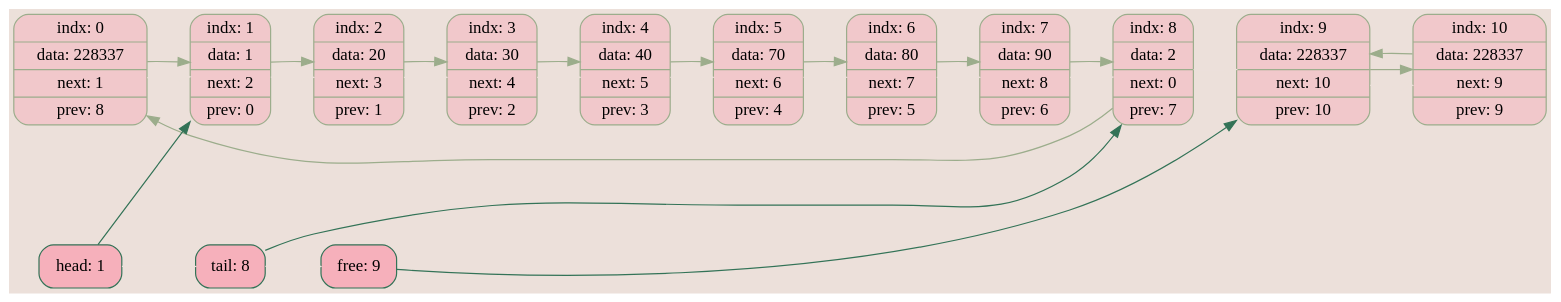
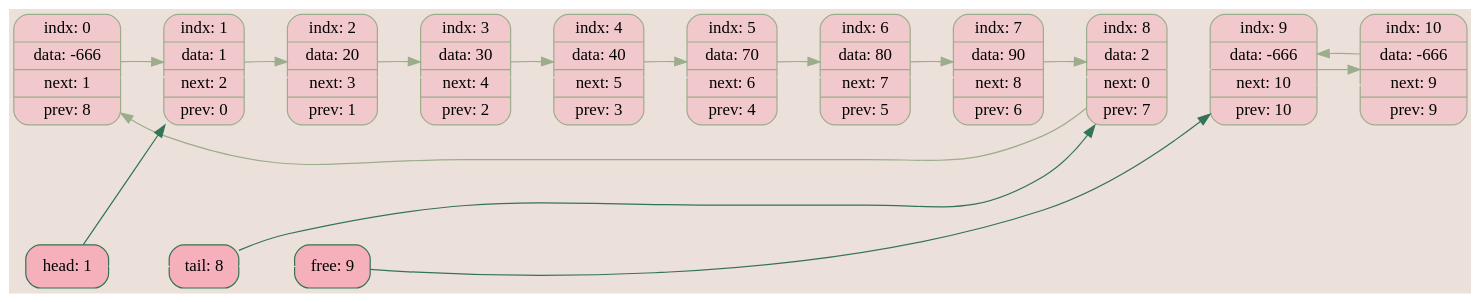
The diagram in debug/list.dot (ksshkh/list), drawn with Graphviz before and after one commit. The commit also changed 4 other files, not shown here.

```diff
--- a/debug/list.dot
+++ b/debug/list.dot
@@ -1,39 +1,39 @@
 digraph List{
 	rankdir = LR;
 	node [shape = record];
 	edge[color = "#9CAD8C"];
 	bgcolor = "#ECE0DA";
-	0 [color = "#9CAD8C", shape = Mrecord, style = filled, fillcolor = "#F1C8CB", label = "indx: 0 | data: 228337 | next: 1 | prev: 8"];
+	0 [color = "#9CAD8C", shape = Mrecord, style = filled, fillcolor = "#F1C8CB", label = "indx: 0 | data: -666 | next: 1 | prev: 8"];
 	1 [color = "#9CAD8C", shape = Mrecord, style = filled, fillcolor = "#F1C8CB", label = "indx: 1 | data: 1 | next: 2 | prev: 0"];
 	2 [color = "#9CAD8C", shape = Mrecord, style = filled, fillcolor = "#F1C8CB", label = "indx: 2 | data: 20 | next: 3 | prev: 1"];
 	3 [color = "#9CAD8C", shape = Mrecord, style = filled, fillcolor = "#F1C8CB", label = "indx: 3 | data: 30 | next: 4 | prev: 2"];
 	4 [color = "#9CAD8C", shape = Mrecord, style = filled, fillcolor = "#F1C8CB", label = "indx: 4 | data: 40 | next: 5 | prev: 3"];
 	5 [color = "#9CAD8C", shape = Mrecord, style = filled, fillcolor = "#F1C8CB", label = "indx: 5 | data: 70 | next: 6 | prev: 4"];
 	6 [color = "#9CAD8C", shape = Mrecord, style = filled, fillcolor = "#F1C8CB", label = "indx: 6 | data: 80 | next: 7 | prev: 5"];
 	7 [color = "#9CAD8C", shape = Mrecord, style = filled, fillcolor = "#F1C8CB", label = "indx: 7 | data: 90 | next: 8 | prev: 6"];
 	8 [color = "#9CAD8C", shape = Mrecord, style = filled, fillcolor = "#F1C8CB", label = "indx: 8 | data: 2 | next: 0 | prev: 7"];
-	9 [color = "#9CAD8C", shape = Mrecord, style = filled, fillcolor = "#F1C8CB", label = "indx: 9 | data: 228337 | next: 10 | prev: 10"];
-	10 [color = "#9CAD8C", shape = Mrecord, style = filled, fillcolor = "#F1C8CB", label = "indx: 10 | data: 228337 | next: 9 | prev: 9"];
+	9 [color = "#9CAD8C", shape = Mrecord, style = filled, fillcolor = "#F1C8CB", label = "indx: 9 | data: -666 | next: 10 | prev: 10"];
+	10 [color = "#9CAD8C", shape = Mrecord, style = filled, fillcolor = "#F1C8CB", label = "indx: 10 | data: -666 | next: 9 | prev: 9"];
 
 	0 -> 1 -> 2 -> 3 -> 4 -> 5 -> 6 -> 7 -> 8 -> 9 -> 10 [weight = 100, color = "#ECE0DA"];
 	0 -> 1 [constraint = false];
 	1 -> 2 [constraint = false];
 	2 -> 3 [constraint = false];
 	3 -> 4 [constraint = false];
 	4 -> 5 [constraint = false];
 	5 -> 6 [constraint = false];
 	6 -> 7 [constraint = false];
 	7 -> 8 [constraint = false];
 	8 -> 0 [constraint = false];
 
 	9 -> 10 [constraint = false];
 	10 -> 9 [constraint = false];
 
 	head [color = "#337357", shape = Mrecord, style = filled, fillcolor = "#F6B0BB", label = "head: 1"];
 	tail [color = "#337357", shape = Mrecord, style = filled, fillcolor = "#F6B0BB", label = "tail: 8"];
 	free [color = "#337357", shape = Mrecord, style = filled, fillcolor = "#F6B0BB", label = "free: 9"];
 	head -> tail -> free [weight = 100, color = "#ECE0DA"];
 	head -> 1 [color = "#337357", constraint = false];
 	tail -> 8 [color = "#337357", constraint = false];
 	free -> 9 [color = "#337357", constraint = false];
 }
```
